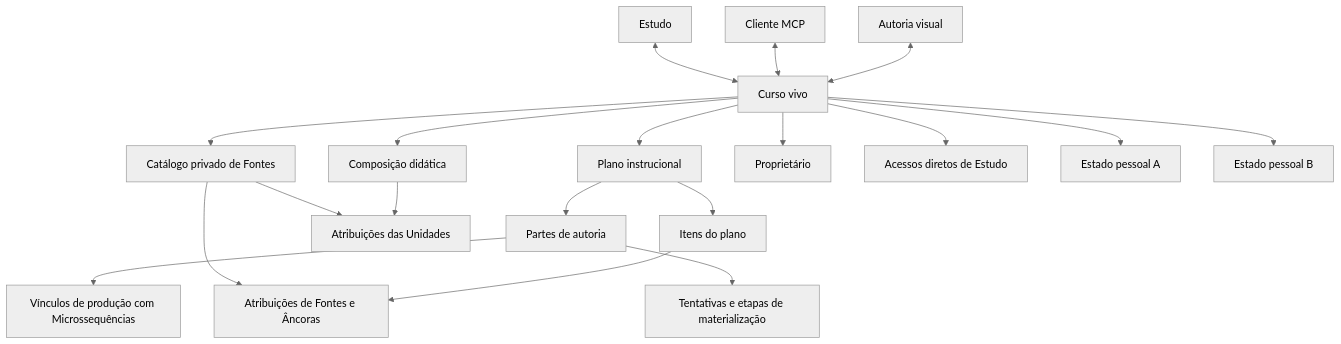
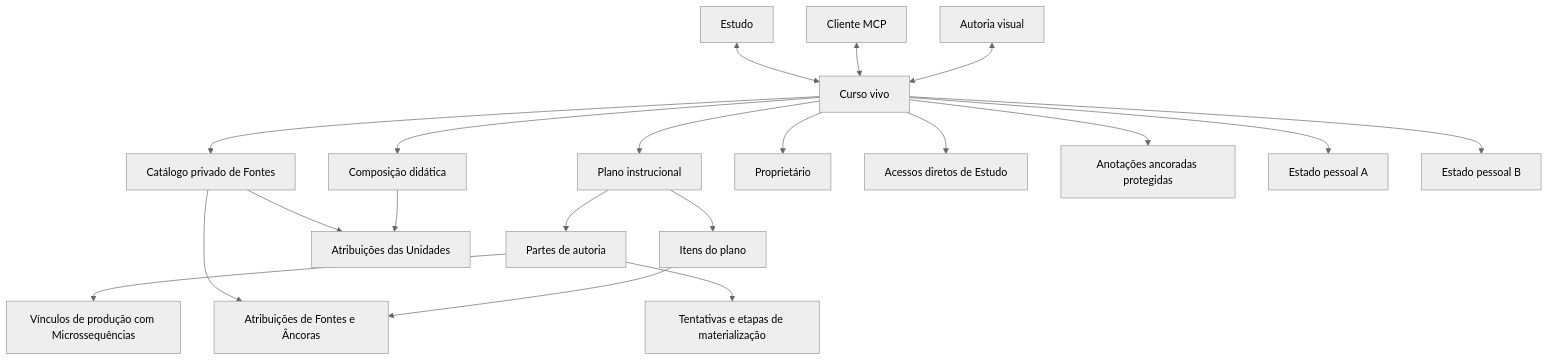
Before and after one commit to fabio-ara/AraLearn: the first of 2 diagrams in docs/estado-atual-e-roadmap.md, drawn with Mermaid (neutral theme). The commit also changed other lines of this file and 84 other files, not shown here.

````diff
--- a/docs/estado-atual-e-roadmap.md
+++ b/docs/estado-atual-e-roadmap.md
@@ -51,21 +52,22 @@
 ```mermaid
 flowchart TD
     C[Curso vivo] --> H[Composição didática]
     C --> P[Plano instrucional]
     P --> I[Itens do plano]
     I --> F[Atribuições de Fontes e Âncoras]
     H --> FU[Atribuições das Unidades]
     C --> FC[Catálogo privado de Fontes]
     FC --> F
     FC --> FU
     P --> PA[Partes de autoria]
     PA --> L[Vínculos de produção com Microssequências]
     PA --> M[Tentativas e etapas de materialização]
     C --> O[Proprietário]
     C --> A[Acessos diretos de Estudo]
+    C --> AN[Anotações ancoradas protegidas]
     C --> S1[Estado pessoal A]
     C --> S2[Estado pessoal B]
     AU[Autoria visual] <--> C
     MCP[Cliente MCP] <--> C
     E[Estudo] <--> C
 ```
````
